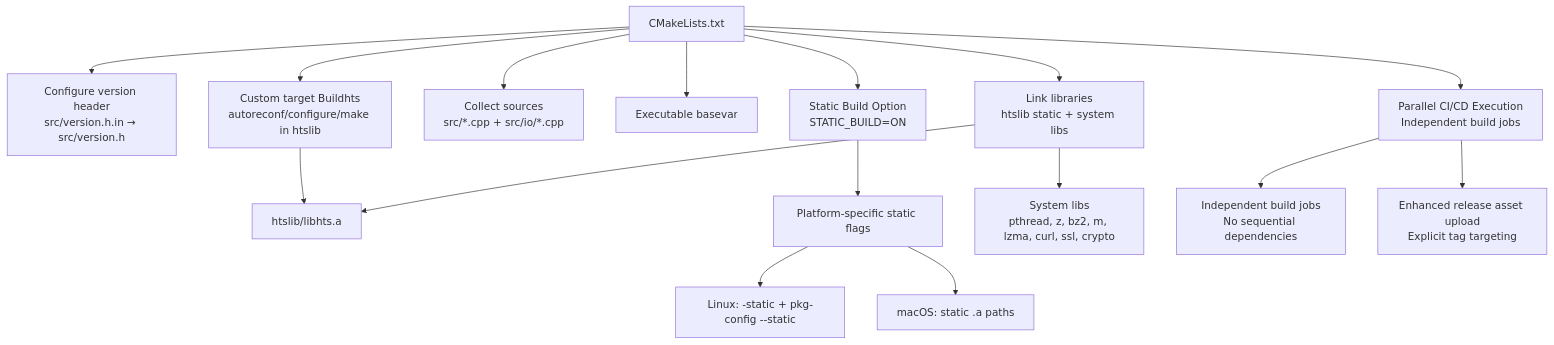
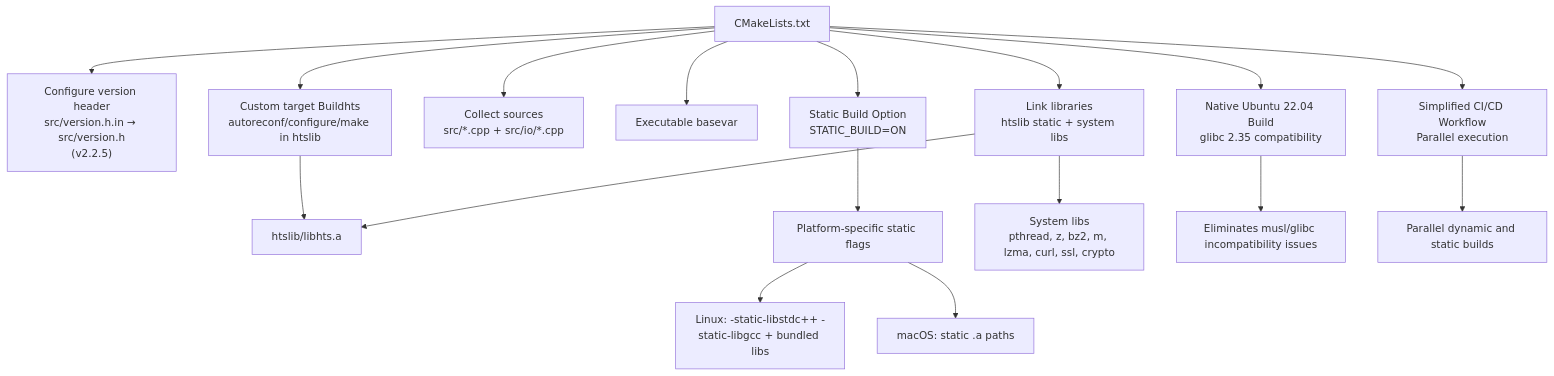
One commit to ShujiaHuang/BaseVar2 changed the first of 8 diagrams in .qoder/repowiki/en/content/Build System and Configuration.md. Above: the diagram before and after it, drawn with Mermaid. The commit also changed other lines of this file and 5 other files, not shown here.

````diff
--- a/.qoder/repowiki/en/content/Build System and Configuration.md
+++ b/.qoder/repowiki/en/content/Build System and Configuration.md
@@ -57,18 +59,19 @@
 ```mermaid
 graph TB
-A["CMakeLists.txt"] --> B["Configure version header<br/>src/version.h.in → src/version.h"]
+A["CMakeLists.txt"] --> B["Configure version header<br/>src/version.h.in → src/version.h<br/>(v2.2.5)"]
 A --> C["Custom target Buildhts<br/>autoreconf/configure/make in htslib"]
 A --> D["Collect sources<br/>src/*.cpp + src/io/*.cpp"]
 A --> E["Executable basevar"]
 A --> F["Static Build Option<br/>STATIC_BUILD=ON"]
 A --> G["Link libraries<br/>htslib static + system libs"]
-A --> H["Parallel CI/CD Execution<br/>Independent build jobs"]
-C --> I["htslib/libhts.a"]
-F --> J["Platform-specific static flags"]
-G --> I
-G --> K["System libs<br/>pthread, z, bz2, m, lzma, curl, ssl, crypto"]
-J --> L["Linux: -static + pkg-config --static"]
-J --> M["macOS: static .a paths"]
-H --> N["Independent build jobs<br/>No sequential dependencies"]
-H --> O["Enhanced release asset upload<br/>Explicit tag targeting"]
+A --> H["Native Ubuntu 22.04 Build<br/>glibc 2.35 compatibility"]
+A --> I["Simplified CI/CD Workflow<br/>Parallel execution"]
+C --> J["htslib/libhts.a"]
+F --> K["Platform-specific static flags"]
+G --> J
+G --> L["System libs<br/>pthread, z, bz2, m, lzma, curl, ssl, crypto"]
+K --> M["Linux: -static-libstdc++ -static-libgcc + bundled libs"]
+K --> N["macOS: static .a paths"]
+H --> O["Eliminates musl/glibc incompatibility issues"]
+I --> P["Parallel dynamic and static builds"]
 ```
````
